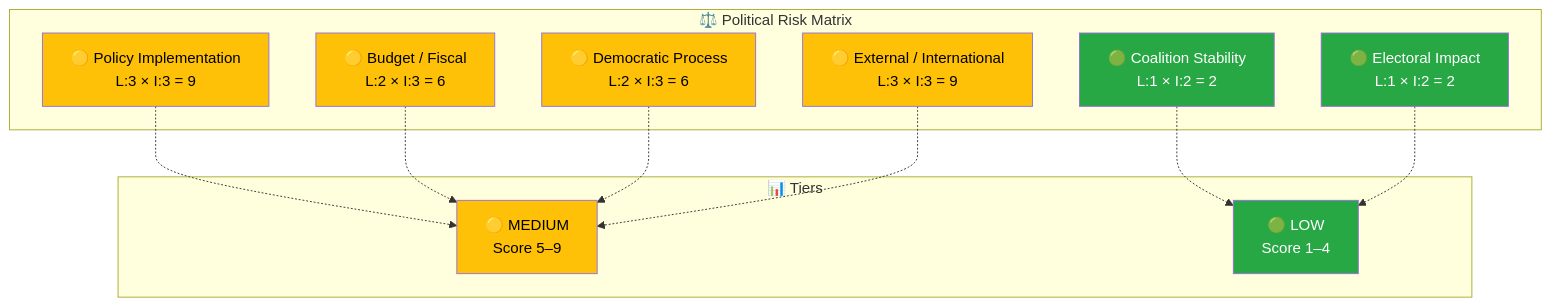
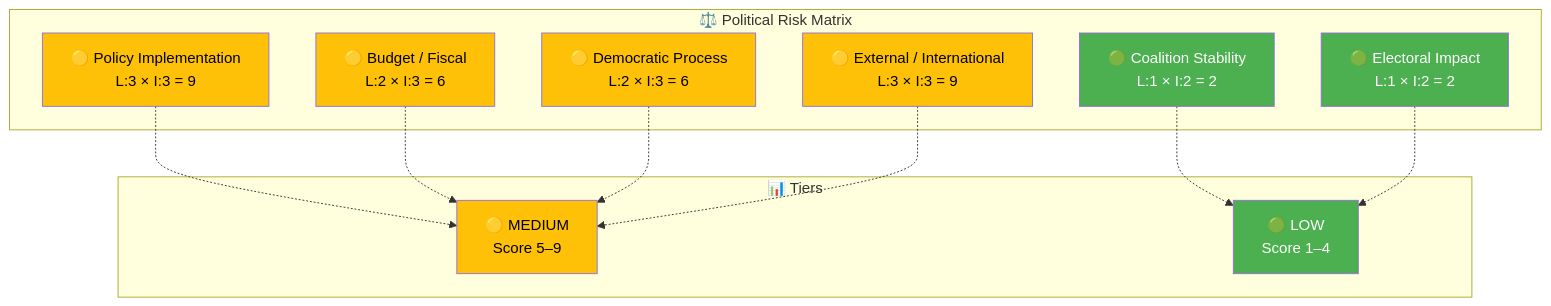
Before and after one commit to Hack23/riksdagsmonitor: the third of 3 diagrams in analysis/daily/2026-04-02/realtime-1428/documents/HD03214-analysis.md, drawn with Mermaid. The commit also changed other lines of this file and 785 other files, not shown here.

First line of the commit message:
Normalize mermaid colors across 786 analysis artifacts to ISMS Style Guide palette

````diff
--- a/analysis/daily/2026-04-02/realtime-1428/documents/HD03214-analysis.md
+++ b/analysis/daily/2026-04-02/realtime-1428/documents/HD03214-analysis.md
@@ -97,32 +97,32 @@
 ```mermaid
 graph TD
     subgraph "⚖️ Political Risk Matrix"
         R1["🟢 Coalition Stability<br/>L:1 × I:2 = 2"]
         R2["🟡 Policy Implementation<br/>L:3 × I:3 = 9"]
         R3["🟡 Budget / Fiscal<br/>L:2 × I:3 = 6"]
         R4["🟢 Electoral Impact<br/>L:1 × I:2 = 2"]
         R5["🟡 Democratic Process<br/>L:2 × I:3 = 6"]
         R6["🟡 External / International<br/>L:3 × I:3 = 9"]
     end
 
     subgraph "📊 Tiers"
         T3["🟡 MEDIUM<br/>Score 5–9"]
         T4["🟢 LOW<br/>Score 1–4"]
     end
 
     R2 -.-> T3
     R3 -.-> T3
     R5 -.-> T3
     R6 -.-> T3
     R1 -.-> T4
     R4 -.-> T4
 
-    style R1 fill:#28a745,color:#fff
-    style R2 fill:#ffc107,color:#000
-    style R3 fill:#ffc107,color:#000
-    style R4 fill:#28a745,color:#fff
-    style R5 fill:#ffc107,color:#000
-    style R6 fill:#ffc107,color:#000
-    style T3 fill:#ffc107,color:#000
-    style T4 fill:#28a745,color:#fff
+    style R1 fill:#4CAF50,color:#FFFFFF
+    style R2 fill:#FFC107,color:#000000
+    style R3 fill:#FFC107,color:#000000
+    style R4 fill:#4CAF50,color:#FFFFFF
+    style R5 fill:#FFC107,color:#000000
+    style R6 fill:#FFC107,color:#000000
+    style T3 fill:#FFC107,color:#000000
+    style T4 fill:#4CAF50,color:#FFFFFF
 ```
````
